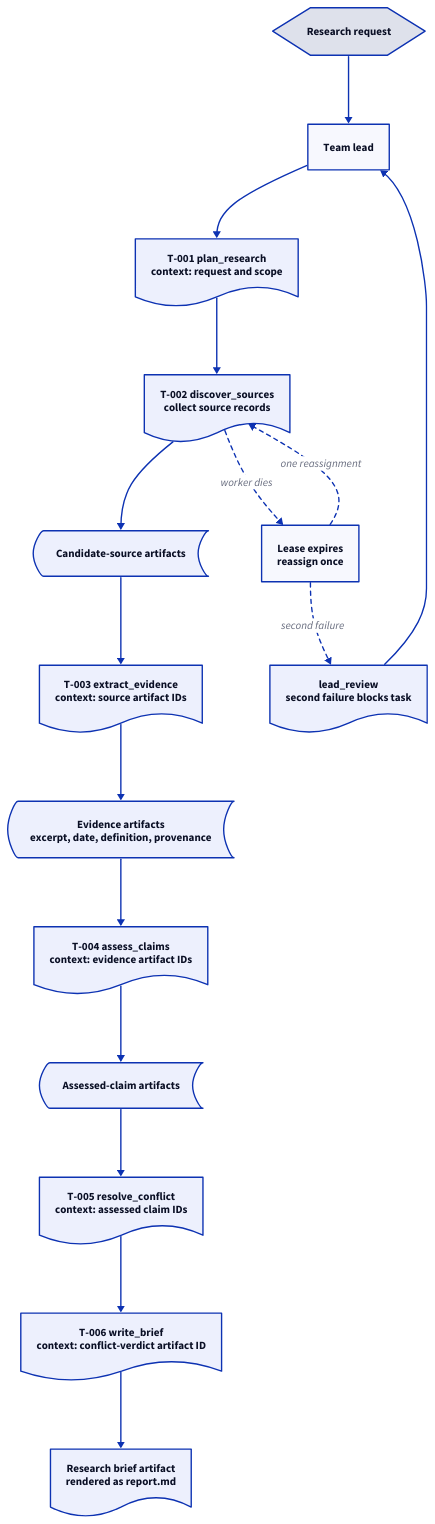
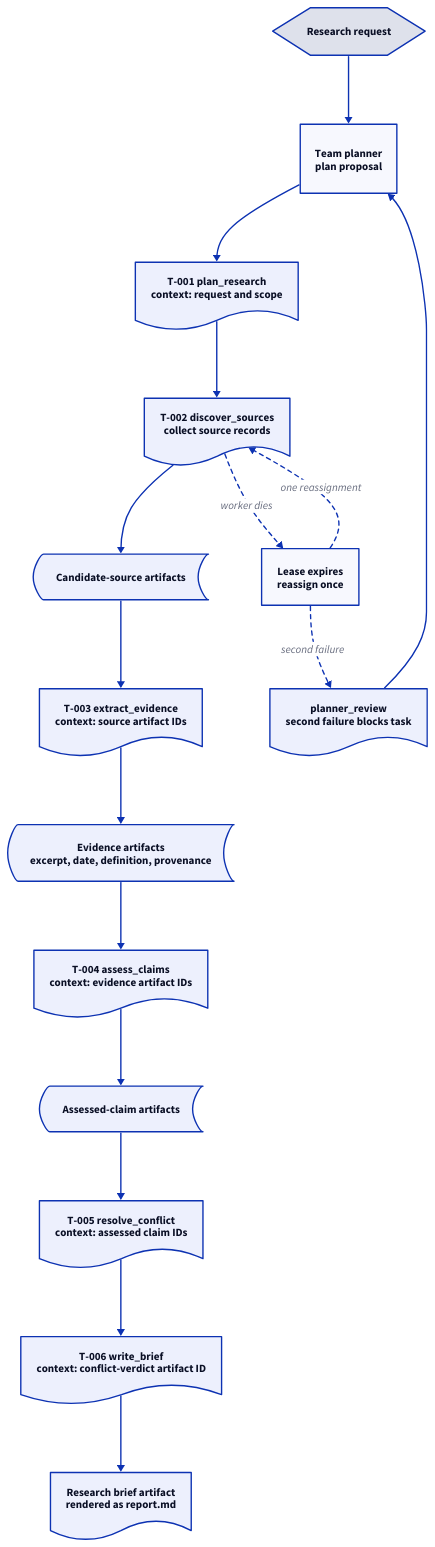
One commit to Advaya24/MultiAgentOrchestration changed the diagram in artifacts/research_brief_execution_trace.d2. Above: the diagram before and after it, drawn with D2. The commit also changed 20 other files, not shown here.

Commit message:
Rename lead as planner

```diff
--- a/artifacts/research_brief_execution_trace.d2
+++ b/artifacts/research_brief_execution_trace.d2
@@ -1,88 +1,90 @@
 direction: down
 
 request: {
   label: "Research request"
   shape: hexagon
 }
 
-lead: {
-  label: "Team lead"
+planner: {
+  label: "Team planner\nplan proposal"
   shape: rectangle
+  width: 140
+  height: 100
 }
 
 plan_task: {
   label: "T-001 plan_research\ncontext: request and scope"
   shape: document
 }
 
 discover: {
   label: "T-002 discover_sources\ncollect source records"
   shape: document
 }
 
 extract: {
   label: "T-003 extract_evidence\ncontext: source artifact IDs"
   shape: document
 }
 
 assess: {
   label: "T-004 assess_claims\ncontext: evidence artifact IDs"
   shape: document
 }
 
 conflict: {
   label: "T-005 resolve_conflict\ncontext: assessed claim IDs"
   shape: document
 }
 
 write_brief: {
   label: "T-006 write_brief\ncontext: conflict-verdict artifact ID"
   shape: document
 }
 
 brief: {
   label: "Research brief artifact\nrendered as report.md"
   shape: document
 }
 
 candidate_sources: {
   label: "Candidate-source artifacts"
   shape: stored_data
 }
 
 evidence: {
   label: "Evidence artifacts\nexcerpt, date, definition, provenance"
   shape: stored_data
 }
 
 claims: {
   label: "Assessed-claim artifacts"
   shape: stored_data
 }
 
 failure: {
   label: "Lease expires\nreassign once"
   shape: rectangle
 }
 
 blocked: {
-  label: "lead_review\nsecond failure blocks task"
+  label: "planner_review\nsecond failure blocks task"
   shape: document
 }
 
-request -> lead
-lead -> plan_task
+request -> planner
+planner -> plan_task
 plan_task -> discover
 discover -> candidate_sources
 candidate_sources -> extract
 extract -> evidence
 evidence -> assess
 assess -> claims
 claims -> conflict
 conflict -> write_brief
 write_brief -> brief
 
 discover -> failure: worker dies {style.stroke-dash: 3}
 failure -> discover: one reassignment {style.stroke-dash: 3}
 failure -> blocked: second failure {style.stroke-dash: 3}
-blocked -> lead
+blocked -> planner
```
